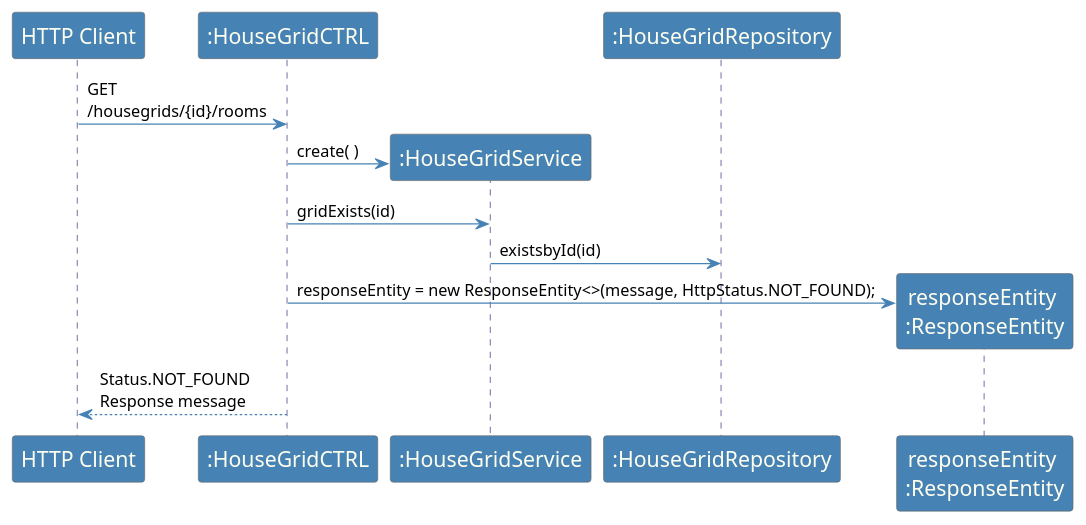
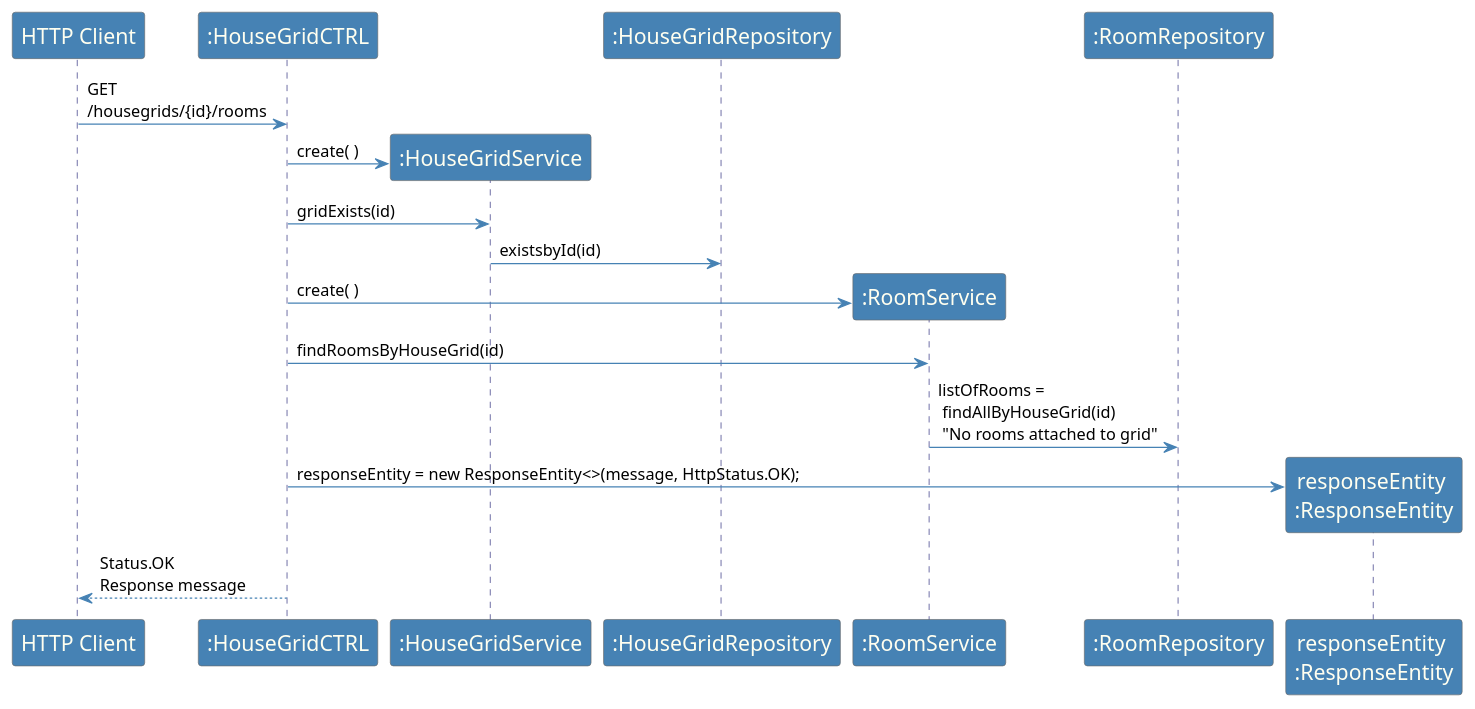
One commit to emanuel-pereira/hou changed the diagram in src/main/java/smarthome/controller/rest/sequenceDiagrams/sd_ListRoomsInHG_2.puml. Above: the diagram before and after it, drawn with PlantUML. The commit also changed 1 other file, not shown here.

Commit message:
Addresses #235, updated sequence diagrams;

```diff
--- a/src/main/java/smarthome/controller/rest/sequenceDiagrams/sd_ListRoomsInHG_2.puml
+++ b/src/main/java/smarthome/controller/rest/sequenceDiagrams/sd_ListRoomsInHG_2.puml
@@ -1,37 +1,44 @@
 @startuml
 
 skinparam sequence {
 	ArrowColor SteelBlue
 	ActorBorderColor Dimgray
 	LifeLineBorderColor MidnightBlue
 	LifeLineBackgroundColor #A9DCDF
 
 	ParticipantBorderColor Dimgray
 	ParticipantBackgroundColor SteelBlue
 	ParticipantFontName Calibri Bold
 	ParticipantFontSize 17
 	ParticipantFontColor Ivory
 
 	ActorBackgroundColor SteelBlue
 	ActorFontColor MidnightBlue
 	ActorFontSize 17
 	ActorFontName Aapex
 }
 
 skinparam note {
 BorderColor SteelBlue
 }
 
 "HTTP Client" -> ":HouseGridCTRL": GET \n/housegrids/{id}/rooms
 
 create ":HouseGridService"
 ":HouseGridCTRL" -> ":HouseGridService" : create( )
 ":HouseGridCTRL" -> ":HouseGridService" : gridExists(id)
 
 ":HouseGridService" -> ":HouseGridRepository" : existsbyId(id)
 
+create ":RoomService"
+":HouseGridCTRL" -> ":RoomService" : create( )
+":HouseGridCTRL" -> ":RoomService" : findRoomsByHouseGrid(id)
+
+":RoomService" -> ":RoomRepository" : listOfRooms =\n findAllByHouseGrid(id)\n "No rooms attached to grid"
+
+
 create "responseEntity \n:ResponseEntity"
-":HouseGridCTRL" ->  "responseEntity \n:ResponseEntity": responseEntity = new ResponseEntity<>(message, HttpStatus.NOT_FOUND);
+":HouseGridCTRL" ->  "responseEntity \n:ResponseEntity": responseEntity = new ResponseEntity<>(message, HttpStatus.OK);
 
-":HouseGridCTRL" --> "HTTP Client" : Status.NOT_FOUND \nResponse message
+":HouseGridCTRL" --> "HTTP Client" : Status.OK \nResponse message
 @enduml
```
